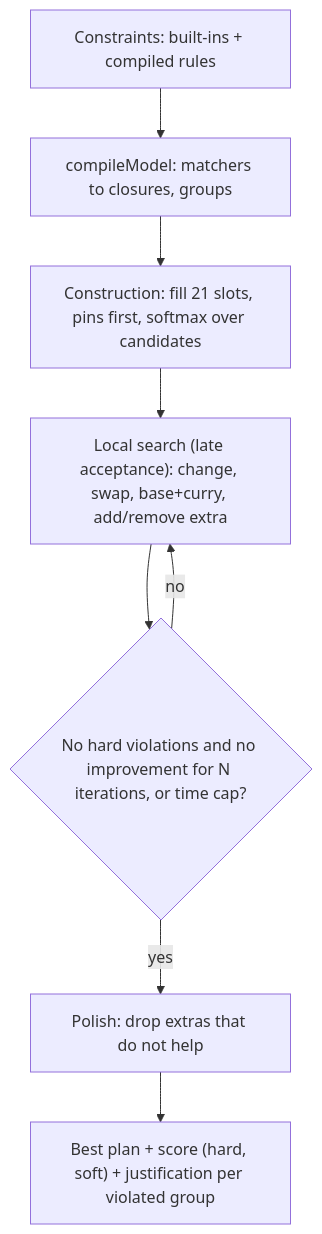
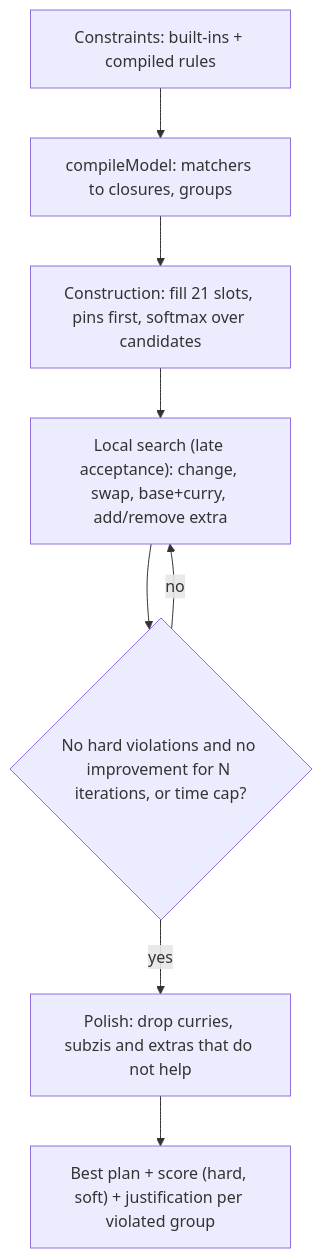
Before and after one commit to shriah/meal-planner: the second of 2 diagrams in docs/architecture.md, drawn with Mermaid. The commit also changed other lines of this file and 8 other files, not shown here.

````diff
--- a/docs/architecture.md
+++ b/docs/architecture.md
@@ -132,10 +134,10 @@
 ```mermaid
 flowchart TD
     A["Constraints: built-ins + compiled rules"] --> B["compileModel: matchers to closures, groups"]
     B --> C["Construction: fill 21 slots, pins first, softmax over candidates"]
     C --> D["Local search (late acceptance): change, swap, base+curry, add/remove extra"]
     D --> E{"No hard violations and no improvement for N iterations, or time cap?"}
     E -->|no| D
-    E -->|yes| F["Polish: drop extras that do not help"]
+    E -->|yes| F["Polish: drop curries, subzis and extras that do not help"]
     F --> G["Best plan + score (hard, soft) + justification per violated group"]
 ```
````
